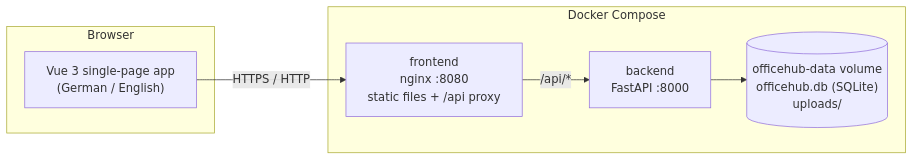
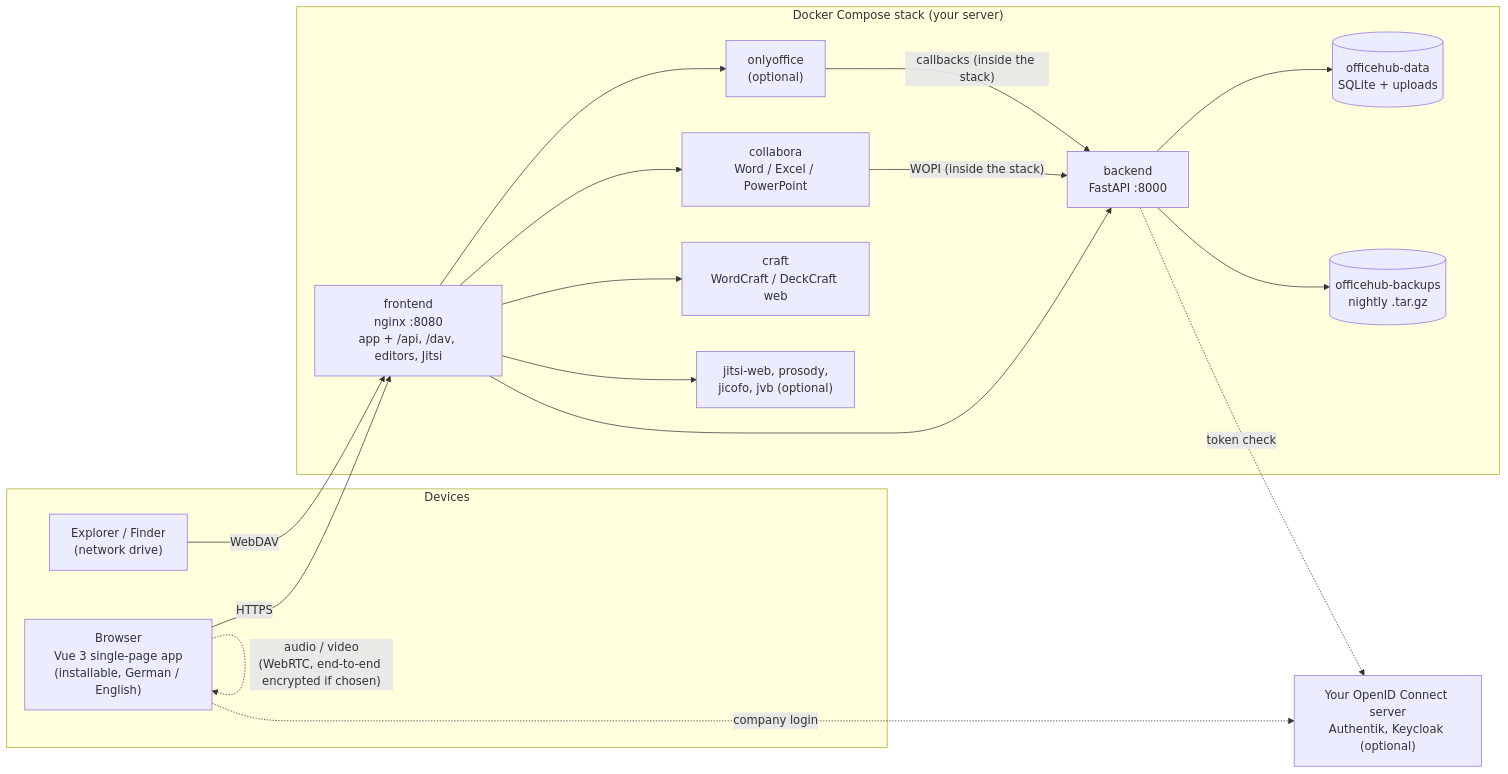
One commit to LetsManu/officehub changed the diagram in README.md. Above: the diagram before and after it, drawn with Mermaid. The commit also changed other lines of this file and 2 other files, not shown here.

First line of the commit message:
Chat actions only on hover or tap; update README and architecture

````diff
--- a/README.md
+++ b/README.md
@@ -100,14 +108,32 @@
 ```mermaid
 flowchart LR
-    subgraph Browser
-        UI["Vue 3 single-page app<br/>(German / English)"]
+    subgraph Devices
+        UI["Browser<br/>Vue 3 single-page app<br/>(installable, German / English)"]
+        DRIVE["Explorer / Finder<br/>(network drive)"]
     end
-    subgraph Docker Compose
-        NGINX["frontend<br/>nginx :8080<br/>static files + /api proxy"]
+    subgraph Stack["Docker Compose stack (your server)"]
+        NGINX["frontend<br/>nginx :8080<br/>app + /api, /dav, editors, Jitsi"]
         API["backend<br/>FastAPI :8000"]
-        VOL[("officehub-data volume<br/>officehub.db (SQLite)<br/>uploads/")]
+        VOL[("officehub-data<br/>SQLite + uploads")]
+        BAK[("officehub-backups<br/>nightly .tar.gz")]
+        COOL["collabora<br/>Word / Excel / PowerPoint"]
+        OO["onlyoffice<br/>(optional)"]
+        CRAFT["craft<br/>WordCraft / DeckCraft web"]
+        JITSI["jitsi-web, prosody,<br/>jicofo, jvb (optional)"]
     end
-    UI -- "HTTPS / HTTP" --> NGINX
-    NGINX -- "/api/*" --> API
+    IDP["Your OpenID Connect server<br/>Authentik, Keycloak (optional)"]
+    UI -- "HTTPS" --> NGINX
+    DRIVE -- "WebDAV" --> NGINX
+    NGINX --> API
+    NGINX --> CRAFT
+    NGINX --> COOL
+    NGINX --> OO
+    NGINX --> JITSI
     API --> VOL
+    API --> BAK
+    COOL -- "WOPI (inside the stack)" --> API
+    OO -- "callbacks (inside the stack)" --> API
+    UI -. "company login" .-> IDP
+    API -. "token check" .-> IDP
+    UI -. "audio / video<br/>(WebRTC, end-to-end encrypted if chosen)" .-> UI
 ```
````
